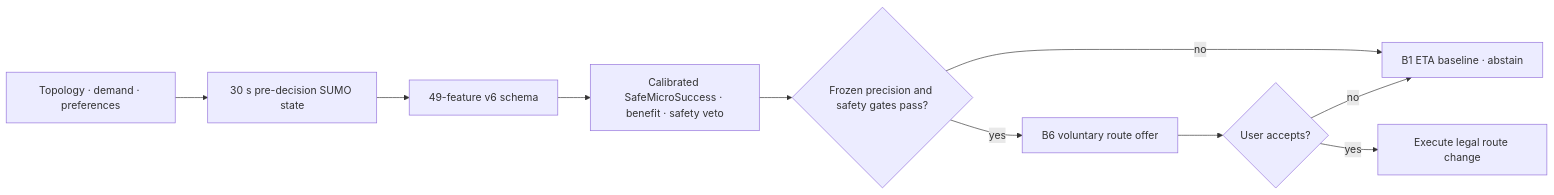
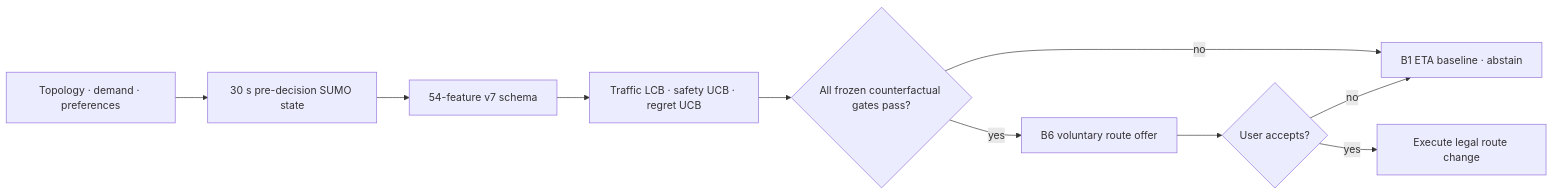
One commit to Jaemin-K-An/Concordia changed the diagram in README.md. Above: the diagram before and after it, drawn with Mermaid. The commit also changed other lines of this file and 20 other files, not shown here.

````diff
--- a/README.md
+++ b/README.md
@@ -88,12 +101,12 @@
 ```mermaid
 flowchart LR
     A["Topology · demand · preferences"] --> B["30 s pre-decision SUMO state"]
-    B --> C["49-feature v6 schema"]
-    C --> D["Calibrated SafeMicroSuccess · benefit · safety veto"]
-    D --> E{"Frozen precision and safety gates pass?"}
+    B --> C["54-feature v7 schema"]
+    C --> D["Traffic LCB · safety UCB · regret UCB"]
+    D --> E{"All frozen counterfactual gates pass?"}
     E -->|"no"| F["B1 ETA baseline · abstain"]
     E -->|"yes"| G["B6 voluntary route offer"]
     G --> H{"User accepts?"}
     H -->|"yes"| I["Execute legal route change"]
     H -->|"no"| F
 ```
````
